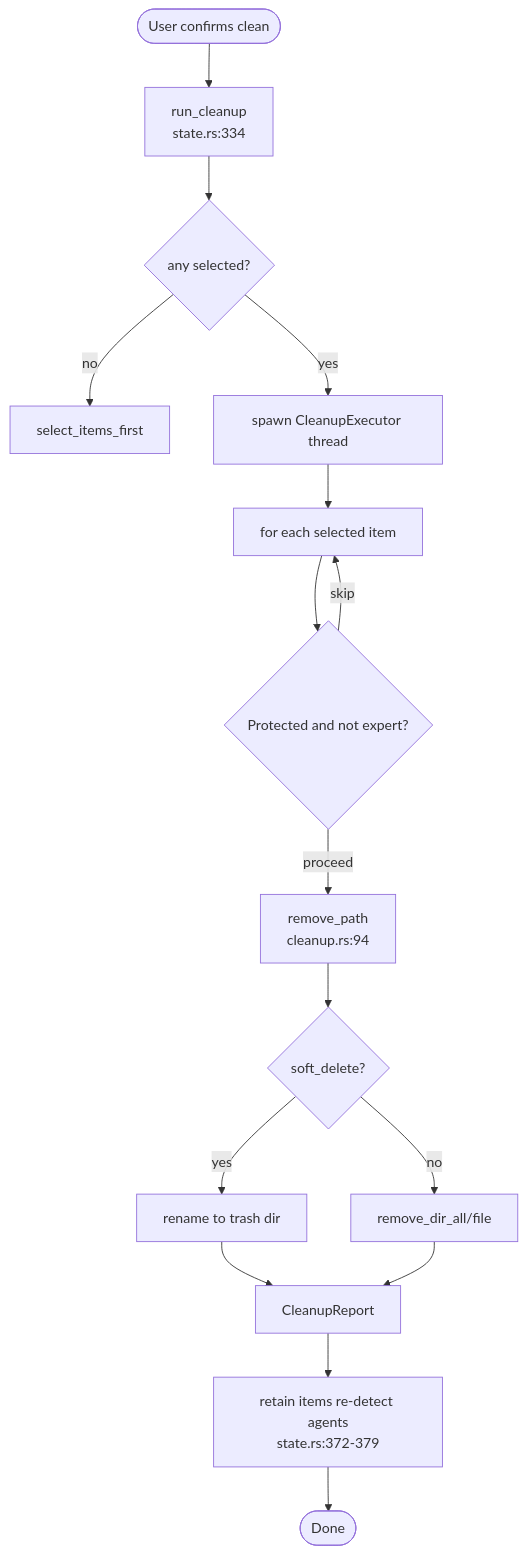
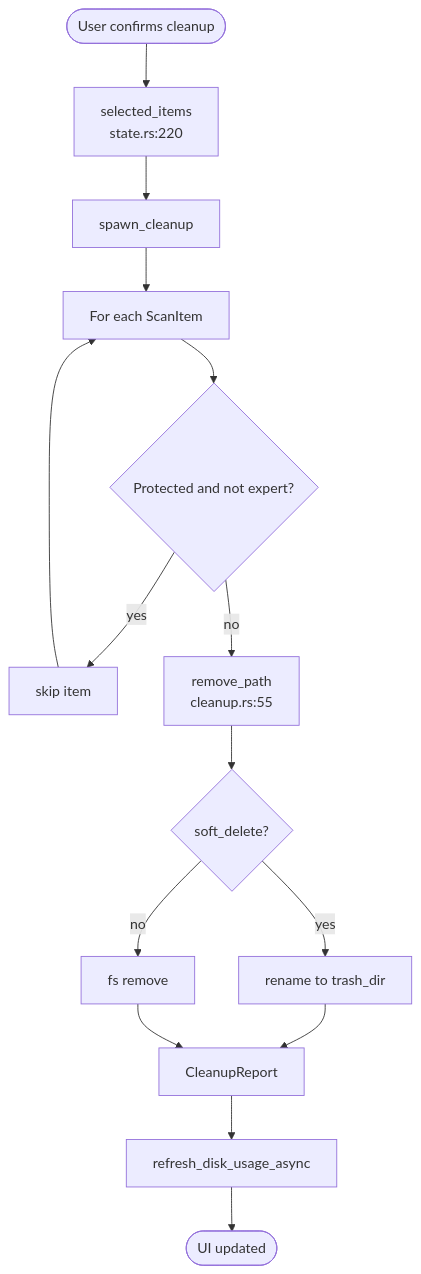
One commit to sopaco/CLV3000-Plus changed the sixth of 7 diagrams in .terrain/human/3.Workflows.md. Above: the diagram before and after it, drawn with Mermaid. The commit also changed other lines of this file and 15 other files, not shown here.

````diff
--- a/.terrain/human/3.Workflows.md
+++ b/.terrain/human/3.Workflows.md
@@ -154,18 +147,17 @@
 ```mermaid
 flowchart TD
-    Start([User confirms clean]) --> RunCleanup["run_cleanup<br/>state.rs:334"]
-    RunCleanup --> CheckSelected{"any selected?"}
-    CheckSelected -->|no| MsgSelect["select_items_first"]
-    CheckSelected -->|yes| SpawnClean["spawn CleanupExecutor thread"]
-    SpawnClean --> LoopItems["for each selected item"]
-    LoopItems --> RiskGate{"Protected and not expert?"}
-    RiskGate -->|skip| LoopItems
-    RiskGate -->|proceed| RemovePath["remove_path<br/>cleanup.rs:94"]
-    RemovePath --> Soft{"soft_delete?"}
-    Soft -->|yes| Trash["rename to trash dir"]
-    Soft -->|no| Hard["remove_dir_all/file"]
+    Start([User confirms cleanup]) --> Sel["selected_items<br/>state.rs:220"]
+    Sel --> Spawn["spawn_cleanup"]
+    Spawn --> Loop["For each ScanItem"]
+    Loop --> Risk{"Protected and not expert?"}
+    Risk -->|yes| Skip["skip item"]
+    Risk -->|no| Remove["remove_path<br/>cleanup.rs:55"]
+    Remove --> Soft{"soft_delete?"}
+    Soft -->|yes| Trash["rename to trash_dir"]
+    Soft -->|no| Hard["fs remove"]
     Trash --> Report["CleanupReport"]
     Hard --> Report
-    Report --> UpdateUI["retain items re-detect agents<br/>state.rs:372-379"]
-    UpdateUI --> End([Done])
+    Skip --> Loop
+    Report --> Refresh["refresh_disk_usage_async"]
+    Refresh --> End([UI updated])
 ```
````
